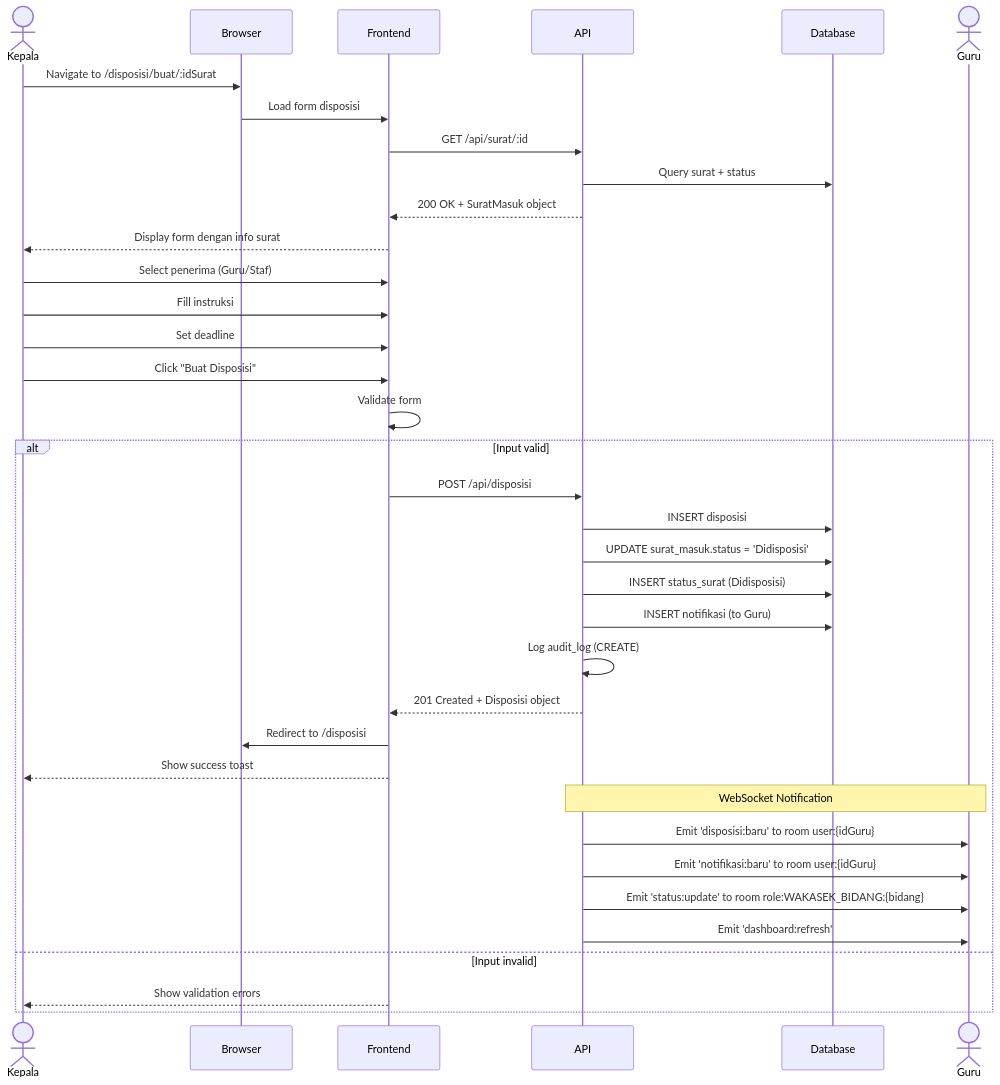
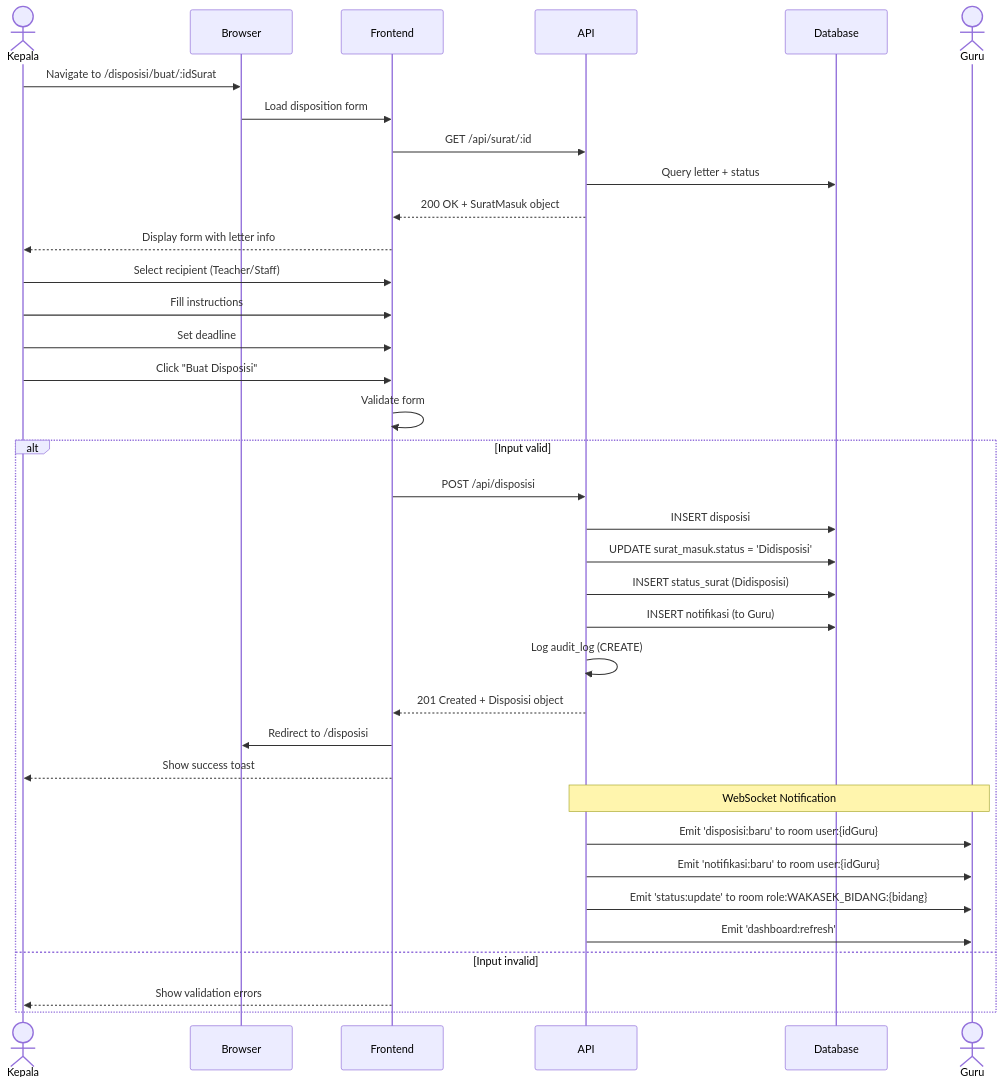
The diagram in docs/system_logics/sys_uc_003.md (ATzFauzan1525/Nexus), drawn with Mermaid before and after one commit. The commit also changed other lines of this file and 2 other files, not shown here.

````diff
--- a/docs/system_logics/sys_uc_003.md
+++ b/docs/system_logics/sys_uc_003.md
@@ -45,43 +45,43 @@
 ```mermaid
 sequenceDiagram
     actor Kepala
     participant Browser
     participant Frontend
     participant API
     participant Database
     actor Guru
 
     Kepala->>Browser: Navigate to /disposisi/buat/:idSurat
-    Browser->>Frontend: Load form disposisi
+    Browser->>Frontend: Load disposition form
     Frontend->>API: GET /api/surat/:id
-    API->>Database: Query surat + status
+    API->>Database: Query letter + status
     API-->>Frontend: 200 OK + SuratMasuk object
-    Frontend-->>Kepala: Display form dengan info surat
+    Frontend-->>Kepala: Display form with letter info
 
-    Kepala->>Frontend: Select penerima (Guru/Staf)
-    Kepala->>Frontend: Fill instruksi
+    Kepala->>Frontend: Select recipient (Teacher/Staff)
+    Kepala->>Frontend: Fill instructions
     Kepala->>Frontend: Set deadline
     Kepala->>Frontend: Click "Buat Disposisi"
 
     Frontend->>Frontend: Validate form
 
     alt Input valid
         Frontend->>API: POST /api/disposisi
         API->>Database: INSERT disposisi
         API->>Database: UPDATE surat_masuk.status = 'Didisposisi'
         API->>Database: INSERT status_surat (Didisposisi)
         API->>Database: INSERT notifikasi (to Guru)
         API->>API: Log audit_log (CREATE)
         API-->>Frontend: 201 Created + Disposisi object
         Frontend->>Browser: Redirect to /disposisi
         Frontend-->>Kepala: Show success toast
 
         Note over API,Guru: WebSocket Notification
         API->>Guru: Emit 'disposisi:baru' to room user:{idGuru}
         API->>Guru: Emit 'notifikasi:baru' to room user:{idGuru}
         API->>Guru: Emit 'status:update' to room role:WAKASEK_BIDANG:{bidang}
         API->>Guru: Emit 'dashboard:refresh'
     else Input invalid
         Frontend-->>Kepala: Show validation errors
     end
 ```
````
